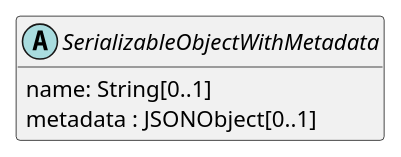
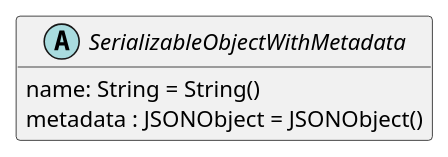
Before and after one commit to sandflow/otio-core-specification: the third of 32 diagrams in src/main/md/otio-core.md, drawn with PlantUML. The commit also changed other lines of this file and 11 other files, not shown here.

Commit message:
Updated schema per test material

````diff
--- a/src/main/md/otio-core.md
+++ b/src/main/md/otio-core.md
@@ -143,12 +145,12 @@
 ```puml
 @startuml
 hide empty members
 skinparam classAttributeIconSize 0
 
 abstract class SerializableObjectWithMetadata {
-  name: String[0..1]
-  metadata : JSONObject[0..1]
+  name: String = String()
+  metadata : JSONObject = JSONObject()
 }
 
 @enduml
 ```
````
